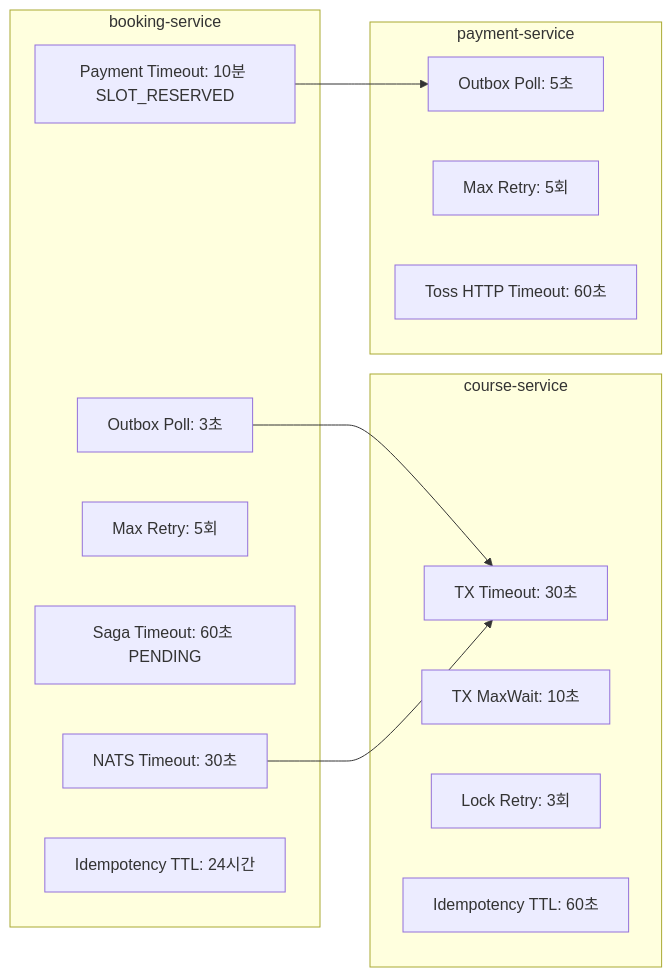
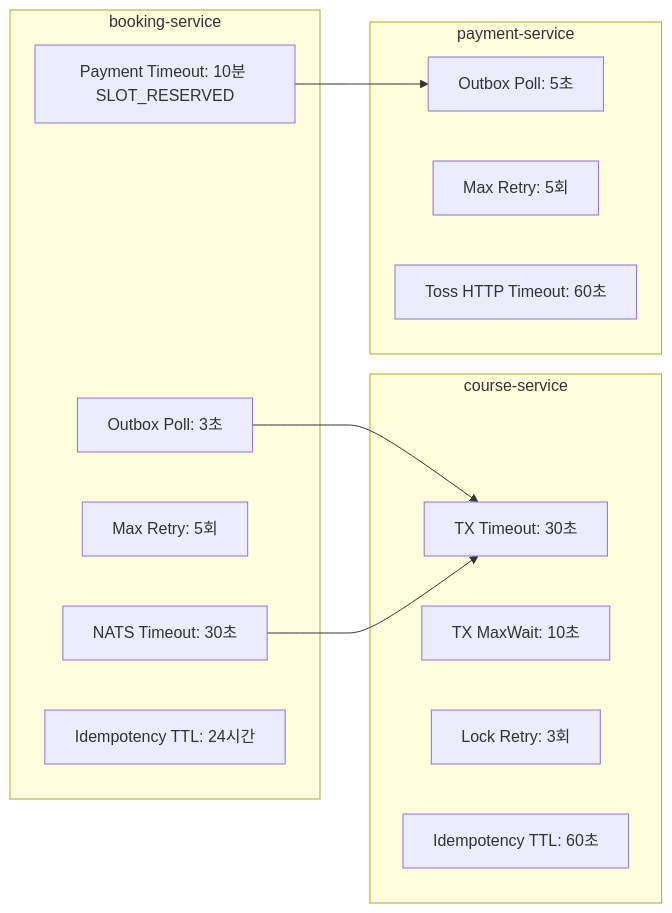
Before and after one commit to uniyous/parkgolf-platform: the seventh of 15 diagrams in docs/workflow/BOOKING.md, drawn with Mermaid. The commit also changed other lines of this file and 9 other files, not shown here.

First line of the commit message:
docs: saga-service 독립 분리에 따른 아키텍처/워크플로우 문서 현행화

````diff
--- a/docs/workflow/BOOKING.md
+++ b/docs/workflow/BOOKING.md
@@ -837,28 +429,27 @@
 ```mermaid
 flowchart LR
     subgraph "booking-service"
         A[Outbox Poll: 3초]
         B[NATS Timeout: 30초]
         C[Max Retry: 5회]
-        D[Saga Timeout: 60초 PENDING]
         D2[Payment Timeout: 10분 SLOT_RESERVED]
         E[Idempotency TTL: 24시간]
     end
 
     subgraph "course-service"
         F[TX Timeout: 30초]
         G[TX MaxWait: 10초]
         H[Lock Retry: 3회]
         I[Idempotency TTL: 60초]
     end
 
     subgraph "payment-service"
         J[Outbox Poll: 5초]
         K[Max Retry: 5회]
         L[Toss HTTP Timeout: 60초]
     end
 
     A --> F
     B --> F
     D2 --> J
 ```
````
